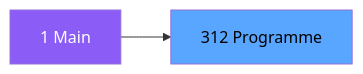
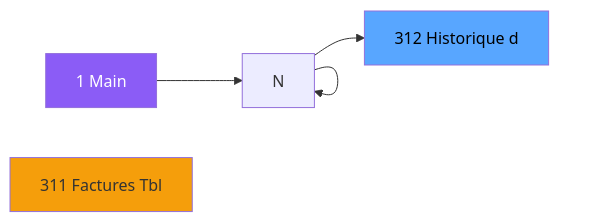
Before and after one commit to thonyAGP/magic-migration: the second of 3 diagrams in .openspec/specs/ADH-IDE-312.md, drawn with Mermaid. The commit also changed other lines of this file and 323 other files, not shown here.

````diff
--- a/.openspec/specs/ADH-IDE-312.md
+++ b/.openspec/specs/ADH-IDE-312.md
@@ -122,8 +148,13 @@
 ```mermaid
 graph LR
     M[1 Main]
-    T[312 Programme]
-    M --> T
+    N311[311 Factures Tbl]
+    T[312 Historique d]
+    M --> N
+    N --> N
+    N --> N
+    N --> T
     style M fill:#8b5cf6,color:#fff
+    style N311 fill:#f59e0b
     style T fill:#58a6ff,color:#000
 ```
````
